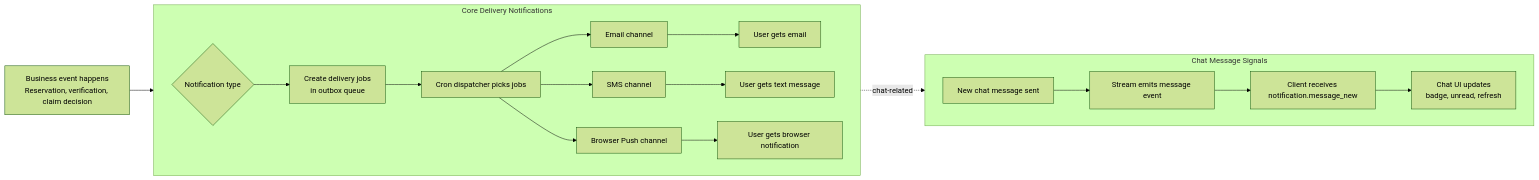
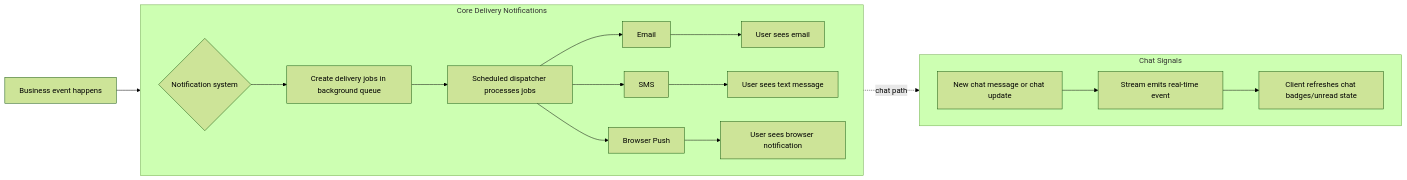
Before and after one commit to raphaelmans/next16bp: the diagram in docs/notification-system/notification-overview-all-channels.md, drawn with Mermaid (forest theme). The commit also changed other lines of this file and 10 other files, not shown here.

First line of the commit message:
docs: expand notification system docs

````diff
--- a/docs/notification-system/notification-overview-all-channels.md
+++ b/docs/notification-system/notification-overview-all-channels.md
@@ -15,25 +17,24 @@
 ```mermaid
 flowchart LR
-  A[Business event happens<br/>Reservation, verification, claim decision] --> B{Notification type}
+  A[Business event happens] --> B{Notification system}
 
   subgraph CORE[Core Delivery Notifications]
     direction LR
-    B --> C[Create delivery jobs<br/>in outbox queue]
-    C --> D[Cron dispatcher picks jobs]
-    D --> E[Email channel]
-    D --> F[SMS channel]
-    D --> G[Browser Push channel]
-    E --> H[User gets email]
-    F --> I[User gets text message]
-    G --> J[User gets browser notification]
+    B --> C[Create delivery jobs in background queue]
+    C --> D[Scheduled dispatcher processes jobs]
+    D --> E[Email]
+    D --> F[SMS]
+    D --> G[Browser Push]
+    E --> H[User sees email]
+    F --> I[User sees text message]
+    G --> J[User sees browser notification]
   end
 
-  subgraph CHAT[Chat Message Signals]
+  subgraph CHAT[Chat Signals]
     direction LR
-    K[New chat message sent] --> L[Stream emits message event]
-    L --> M[Client receives notification.message_new]
-    M --> N[Chat UI updates<br/>badge, unread, refresh]
+    K[New chat message or chat update] --> L[Stream emits real-time event]
+    L --> M[Client refreshes chat badges/unread state]
   end
 
-  B -. chat-related .-> K
+  B -. chat path .-> K
 ```
````
